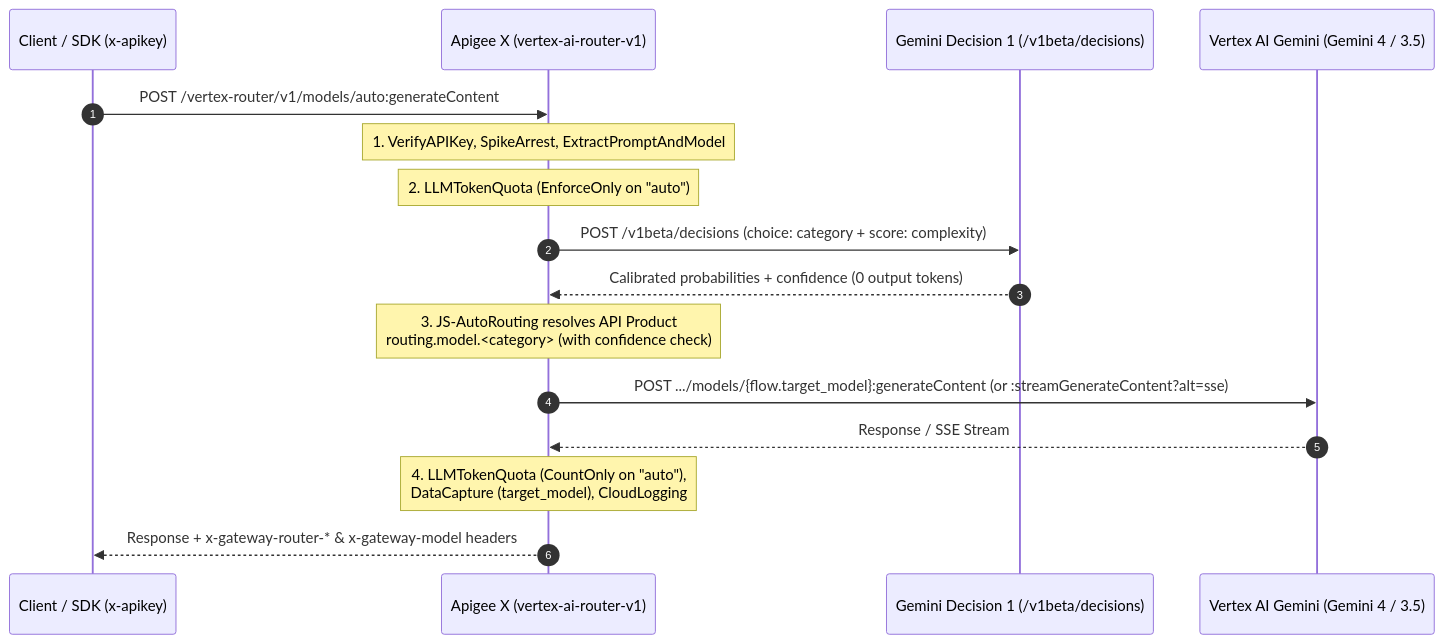
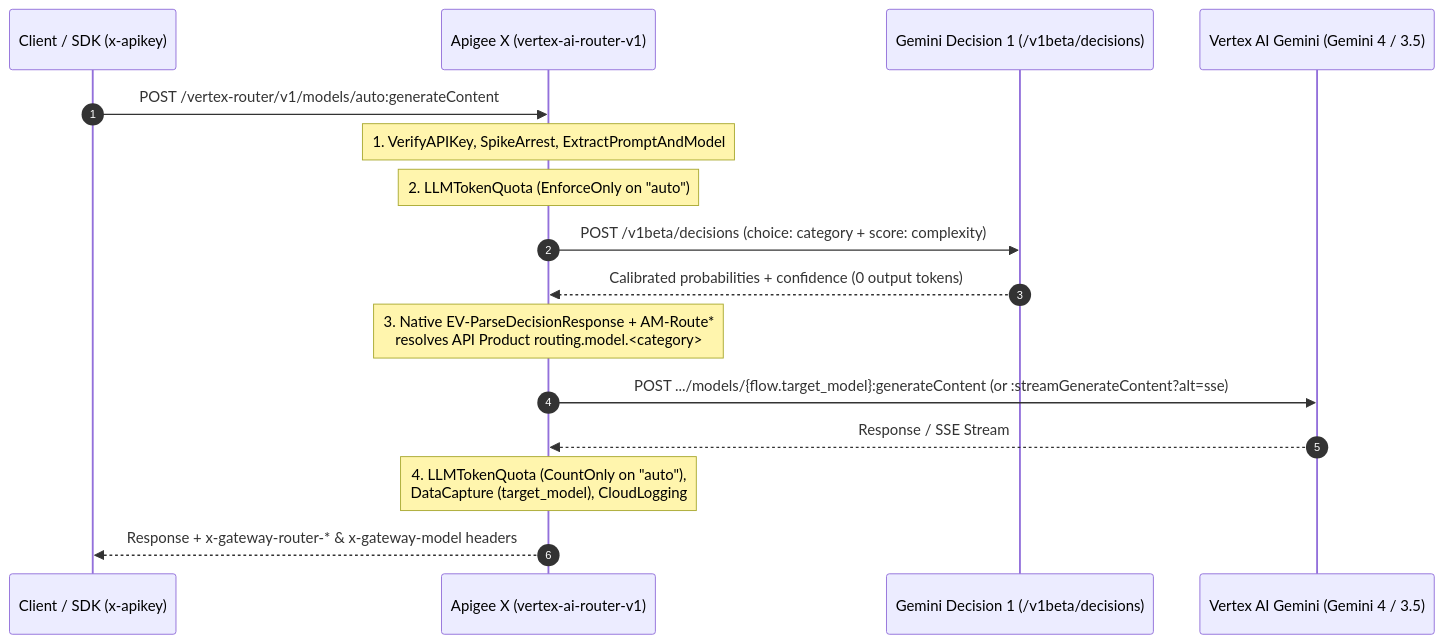
The diagram in ai-gateway/vertex-gemini-decision-router/README.md (maloosatyam-google/apigee-examples), drawn with Mermaid before and after one commit. The commit also changed other lines of this file and 35 other files, not shown here.

Commit message:
refactor: replace JS routing policies with native ExtractVariables and AssignMessage XML

````diff
--- a/ai-gateway/vertex-gemini-decision-router/README.md
+++ b/ai-gateway/vertex-gemini-decision-router/README.md
@@ -23,19 +23,19 @@
 ```mermaid
 sequenceDiagram
     autonumber
     participant Client as Client / SDK (x-apikey)
     participant Apigee as Apigee X (vertex-ai-router-v1)
     participant Decision as Gemini Decision 1 (/v1beta/decisions)
     participant Vertex as Vertex AI Gemini (Gemini 4 / 3.5)
 
     Client->>Apigee: POST /vertex-router/v1/models/auto:generateContent
     Note over Apigee: 1. VerifyAPIKey, SpikeArrest, ExtractPromptAndModel
     Note over Apigee: 2. LLMTokenQuota (EnforceOnly on "auto")
     Apigee->>Decision: POST /v1beta/decisions (choice: category + score: complexity)
     Decision-->>Apigee: Calibrated probabilities + confidence (0 output tokens)
-    Note over Apigee: 3. JS-AutoRouting resolves API Product<br/>routing.model.<category> (with confidence check)
+    Note over Apigee: 3. Native EV-ParseDecisionResponse + AM-Route*<br/>resolves API Product routing.model.<category>
     Apigee->>Vertex: POST .../models/{flow.target_model}:generateContent (or :streamGenerateContent?alt=sse)
     Vertex-->>Apigee: Response / SSE Stream
     Note over Apigee: 4. LLMTokenQuota (CountOnly on "auto"),<br/>DataCapture (target_model), CloudLogging
     Apigee-->>Client: Response + x-gateway-router-* & x-gateway-model headers
 ```
````
